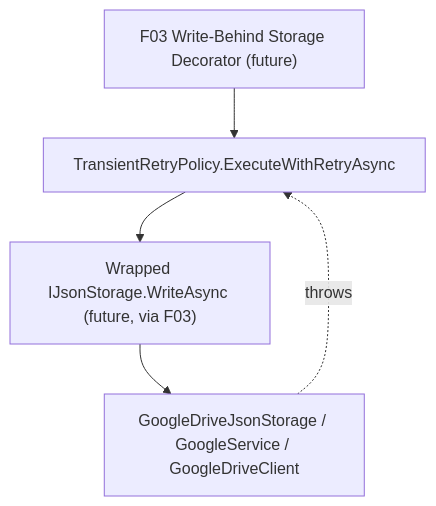
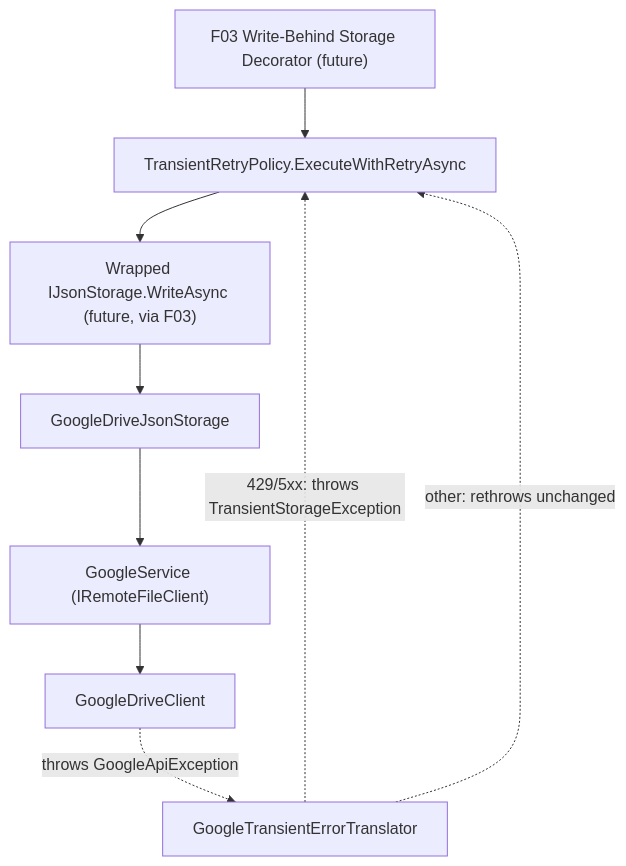
Before and after one commit to ggibellato/Financial: the diagram in docs/prd/P31-prd-async-persistence/features/P31-F02-transient-failure-retry-helper/spec.md, drawn with Mermaid. The commit also changed other lines of this file, not shown here.

First line of the commit message:
docs(P31-F02): redesign to avoid a Google package reference in Shared.Infrastructure

````diff
--- a/docs/prd/P31-prd-async-persistence/features/P31-F02-transient-failure-retry-helper/spec.md
+++ b/docs/prd/P31-prd-async-persistence/features/P31-F02-transient-failure-retry-helper/spec.md
@@ -20,7 +23,11 @@
 ```mermaid
 graph TD
     A["F03 Write-Behind Storage Decorator (future)"] --> B[TransientRetryPolicy.ExecuteWithRetryAsync]
     B --> C["Wrapped IJsonStorage.WriteAsync (future, via F03)"]
-    C --> D["GoogleDriveJsonStorage / GoogleService / GoogleDriveClient"]
-    D -.throws.-> B
+    C --> D["GoogleDriveJsonStorage"]
+    D --> E["GoogleService (IRemoteFileClient)"]
+    E --> F[GoogleDriveClient]
+    F -.throws GoogleApiException.-> G[GoogleTransientErrorTranslator]
+    G -.429/5xx: throws TransientStorageException.-> B
+    G -.other: rethrows unchanged.-> B
 ```
````
